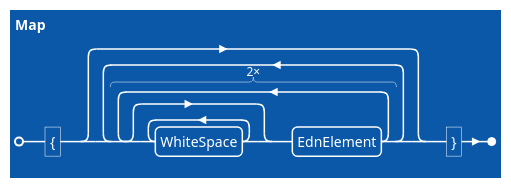
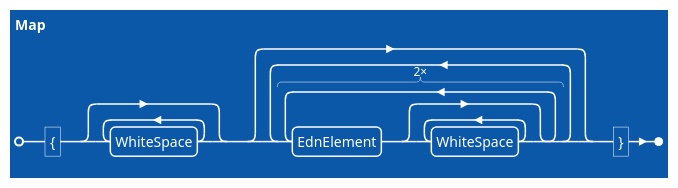
One commit to DotFox/edn.c changed diagram 12 of 16 in docs/grammar/edn_spec.org. Above: the diagram before and after it, drawn with PlantUML. The commit also changed other lines of this file and 26 other files, not shown here.

```diff
--- a/docs/grammar/edn_spec.org
+++ b/docs/grammar/edn_spec.org
@@ -265,7 +265,8 @@
 #+begin_src plantuml :file ./edn_maps_ebnf.svg :exports results
 @startebnf
 !theme amiga
 
-Map = "{" , { 2 * ( { WhiteSpace } , EdnElement ) } , "}" ;
+Map = "{" , { WhiteSpace } , { 2 * ( EdnElement , { WhiteSpace } ) } , "}" ;
+
 @endebnf
 #+end_src
```
